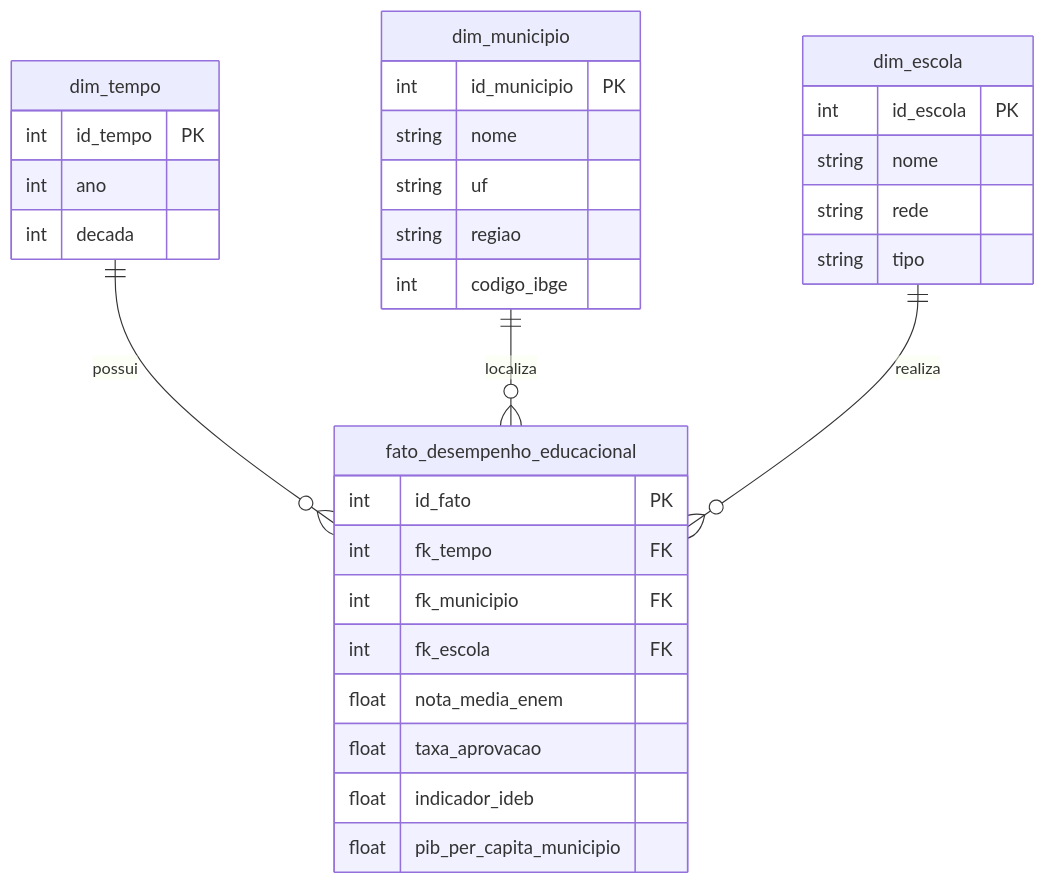
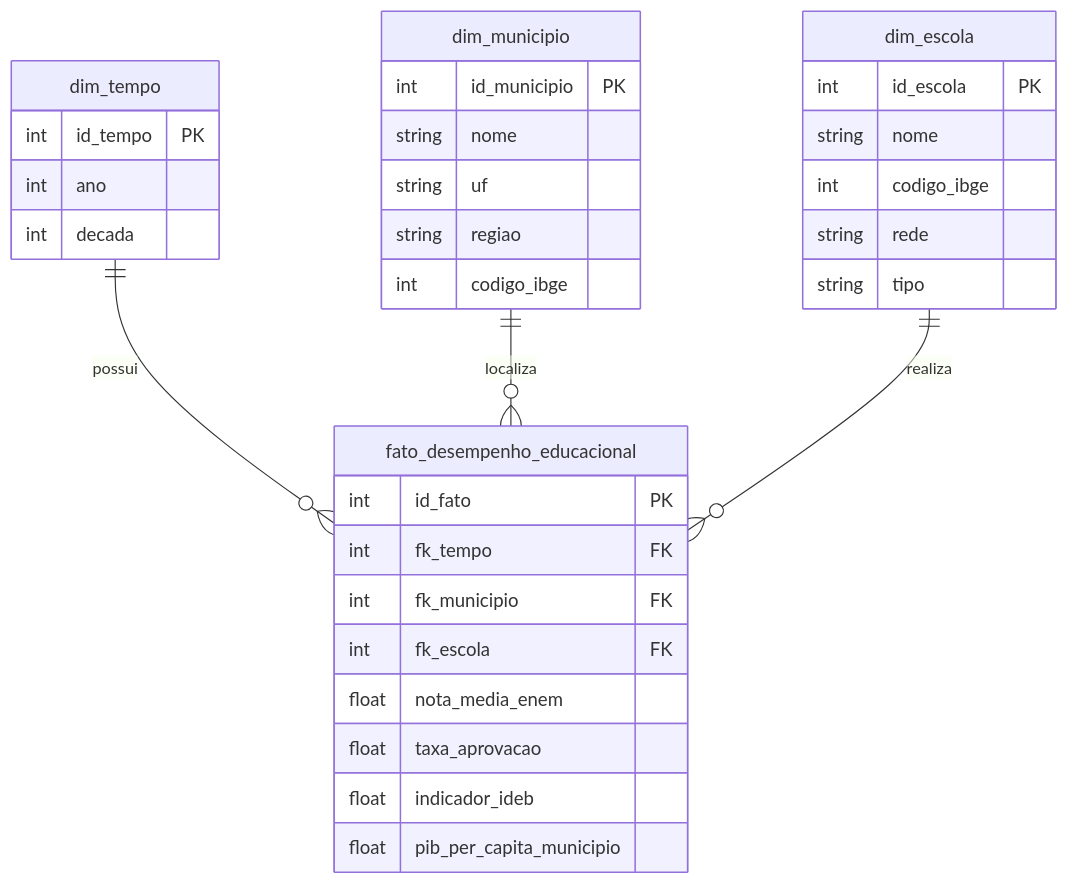
The diagram in docs/diagrama/esquema_estrela_educacao.md (JosephBorges7/Sistemas-de-Apoio-Decis-o---DW), drawn with Mermaid before and after one commit.

Commit message:
docs: add star schema diagram for educational dimensional model

````diff
--- a/docs/diagrama/esquema_estrela_educacao.md
+++ b/docs/diagrama/esquema_estrela_educacao.md
@@ -3,38 +3,39 @@
 ```mermaid
 erDiagram
     fato_desempenho_educacional {
         int id_fato PK
         int fk_tempo FK
         int fk_municipio FK
         int fk_escola FK
         float nota_media_enem
         float taxa_aprovacao
         float indicador_ideb
         float pib_per_capita_municipio
     }
     
     dim_tempo {
         int id_tempo PK
         int ano
         int decada
     }
     
     dim_municipio {
         int id_municipio PK
         string nome
         string uf
         string regiao
         int codigo_ibge
     }
     
     dim_escola {
         int id_escola PK
         string nome
+        int codigo_ibge
         string rede
         string tipo
     }
     
     dim_tempo ||--o{ fato_desempenho_educacional : "possui"
     dim_municipio ||--o{ fato_desempenho_educacional : "localiza"
     dim_escola ||--o{ fato_desempenho_educacional : "realiza"
 ```
````
